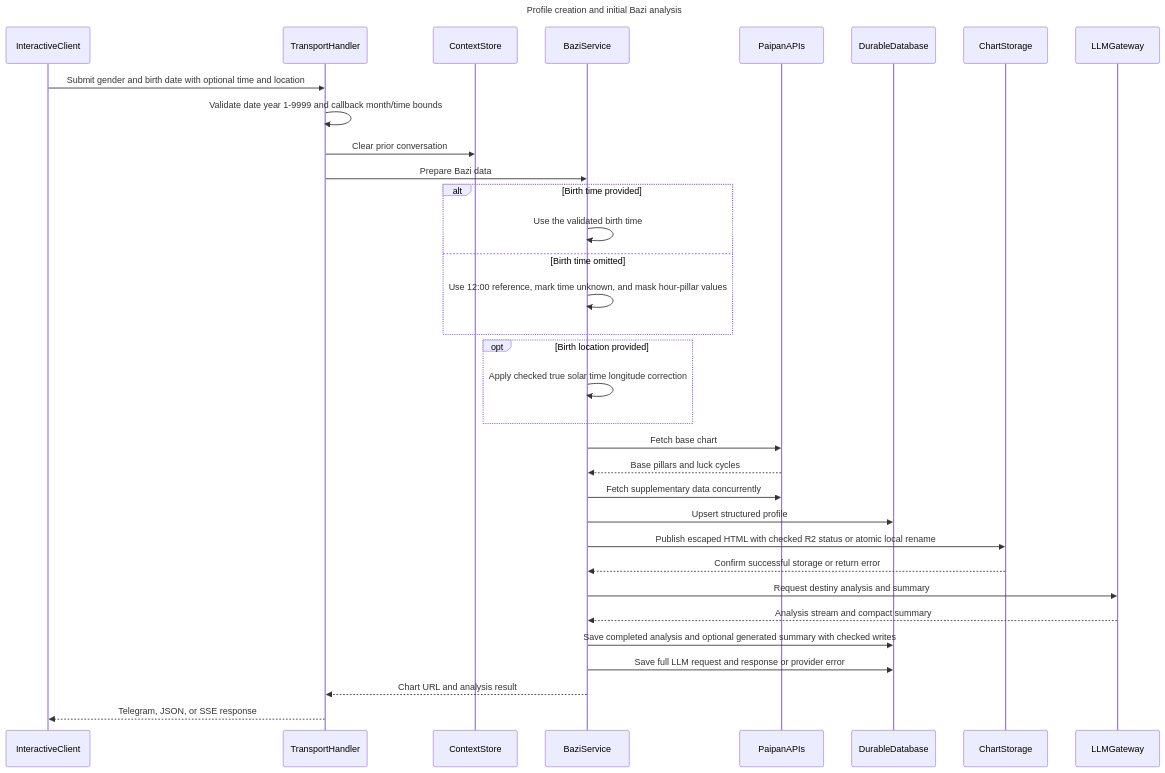
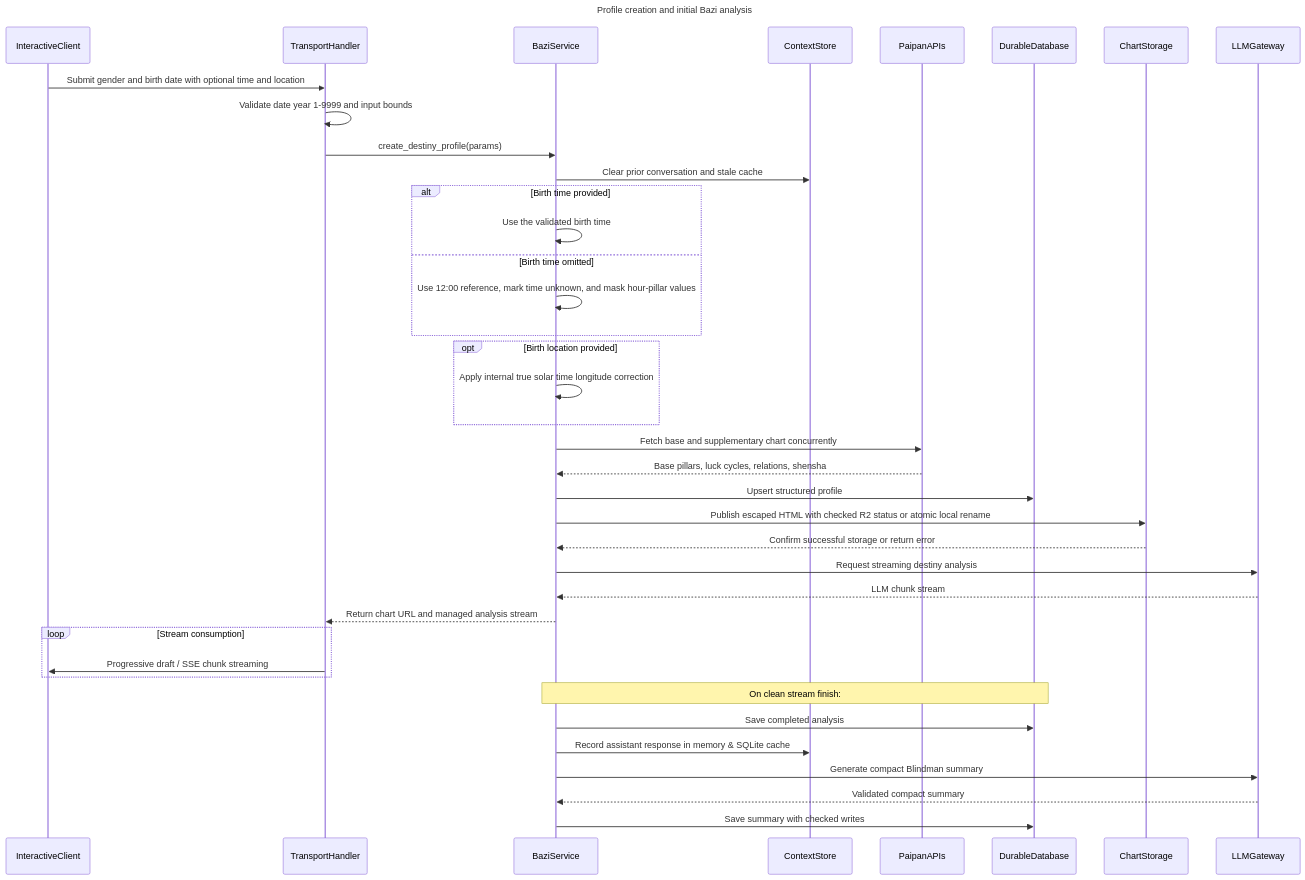
One commit to henius98/BaziFlowAgent changed the second of 6 diagrams in docs/project-flow-sequence.md. Above: the diagram before and after it, drawn with Mermaid. The commit also changed other lines of this file and 43 other files, not shown here.

````diff
--- a/docs/project-flow-sequence.md
+++ b/docs/project-flow-sequence.md
@@ -50,37 +50,42 @@
 ```mermaid
 sequenceDiagram
     title Profile creation and initial Bazi analysis
     participant InteractiveClient
     participant TransportHandler
+    participant BaziService
     participant ContextStore
-    participant BaziService
     participant PaipanAPIs
     participant DurableDatabase
     participant ChartStorage
     participant LLMGateway
 
     InteractiveClient->>TransportHandler: Submit gender and birth date with optional time and location
-    TransportHandler->>TransportHandler: Validate date year 1-9999 and callback month/time bounds
-    TransportHandler->>ContextStore: Clear prior conversation
-    TransportHandler->>BaziService: Prepare Bazi data
+    TransportHandler->>TransportHandler: Validate date year 1-9999 and input bounds
+    TransportHandler->>BaziService: create_destiny_profile(params)
+    BaziService->>ContextStore: Clear prior conversation and stale cache
     alt Birth time provided
         BaziService->>BaziService: Use the validated birth time
     else Birth time omitted
         BaziService->>BaziService: Use 12:00 reference, mark time unknown, and mask hour-pillar values
     end
     opt Birth location provided
-        BaziService->>BaziService: Apply checked true solar time longitude correction
+        BaziService->>BaziService: Apply internal true solar time longitude correction
     end
-    BaziService->>PaipanAPIs: Fetch base chart
-    PaipanAPIs-->>BaziService: Base pillars and luck cycles
-    BaziService->>PaipanAPIs: Fetch supplementary data concurrently
+    BaziService->>PaipanAPIs: Fetch base and supplementary chart concurrently
+    PaipanAPIs-->>BaziService: Base pillars, luck cycles, relations, shensha
     BaziService->>DurableDatabase: Upsert structured profile
     BaziService->>ChartStorage: Publish escaped HTML with checked R2 status or atomic local rename
     ChartStorage-->>BaziService: Confirm successful storage or return error
-    BaziService->>LLMGateway: Request destiny analysis and summary
-    LLMGateway-->>BaziService: Analysis stream and compact summary
-    BaziService->>DurableDatabase: Save completed analysis and optional generated summary with checked writes
-    BaziService->>DurableDatabase: Save full LLM request and response or provider error
-    BaziService-->>TransportHandler: Chart URL and analysis result
-    TransportHandler-->>InteractiveClient: Telegram, JSON, or SSE response
+    BaziService->>LLMGateway: Request streaming destiny analysis
+    LLMGateway-->>BaziService: LLM chunk stream
+    BaziService-->>TransportHandler: Return chart URL and managed analysis stream
+    loop Stream consumption
+        TransportHandler->>InteractiveClient: Progressive draft / SSE chunk streaming
+    end
+    Note over BaziService,DurableDatabase: On clean stream finish:
+    BaziService->>DurableDatabase: Save completed analysis
+    BaziService->>ContextStore: Record assistant response in memory & SQLite cache
+    BaziService->>LLMGateway: Generate compact Blindman summary
+    LLMGateway-->>BaziService: Validated compact summary
+    BaziService->>DurableDatabase: Save summary with checked writes
 ```
````
